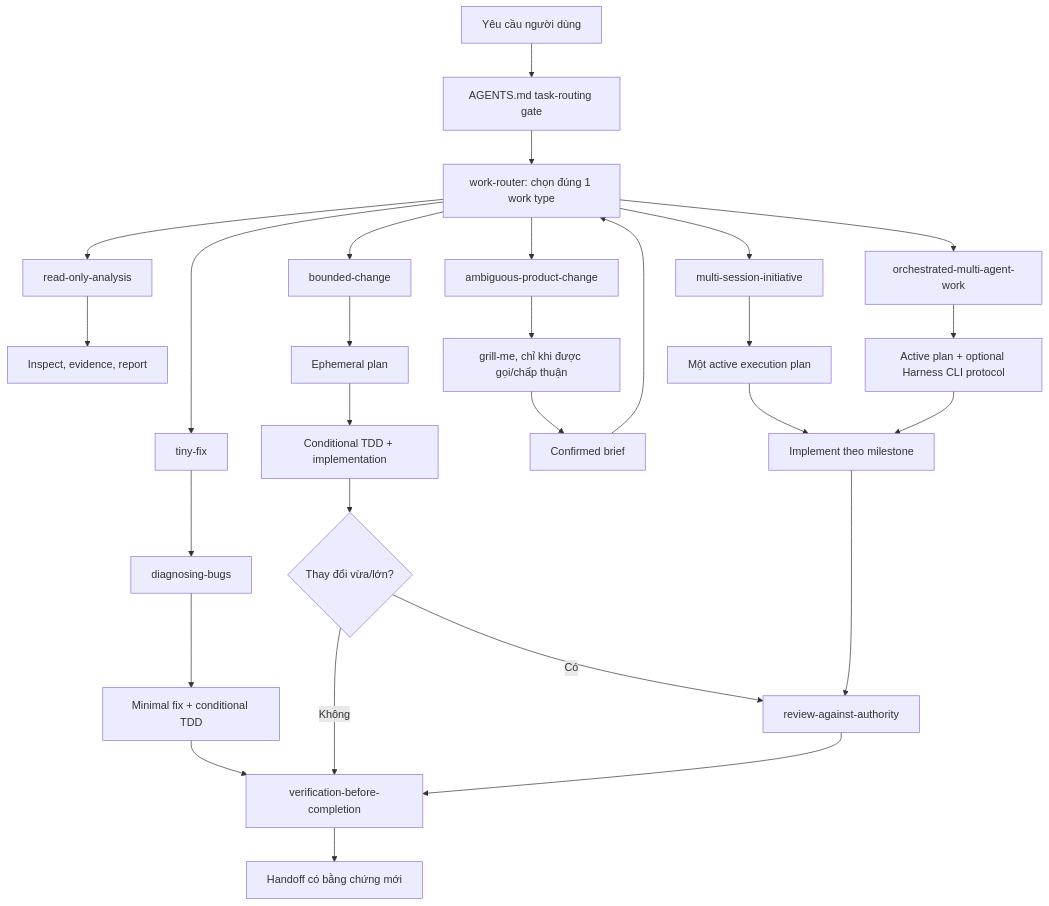
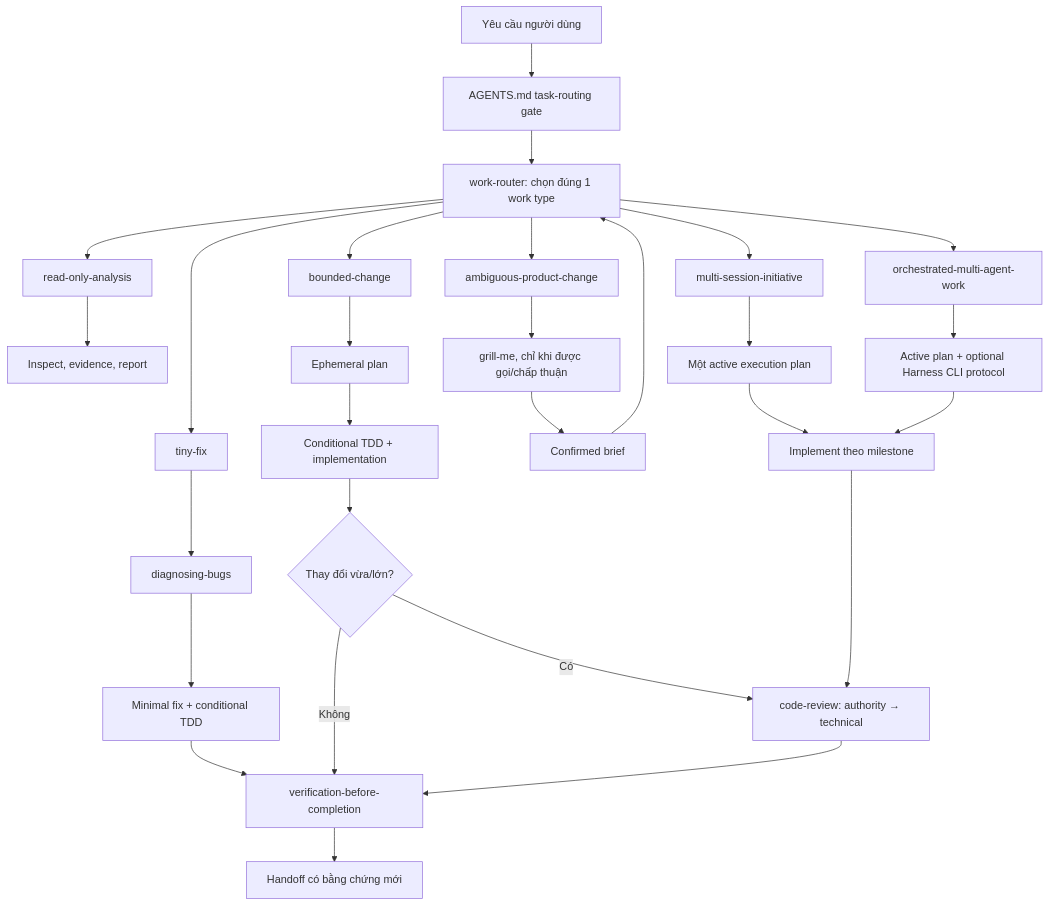
Before and after one commit to duong991/harness-repo: the diagram in docs/HARNESS_WORKFLOW_GUIDE.md, drawn with Mermaid. The commit also changed other lines of this file and 10 other files, not shown here.

Commit message:
feat: Revise code review skill to enhance authority compliance and technical evaluation; consolidate review processes and update documentation

````diff
--- a/docs/HARNESS_WORKFLOW_GUIDE.md
+++ b/docs/HARNESS_WORKFLOW_GUIDE.md
@@ -32,31 +32,31 @@
 ```mermaid
 flowchart TD
     U["Yêu cầu người dùng"] --> G["AGENTS.md task-routing gate"]
     G --> R["work-router: chọn đúng 1 work type"]
     R --> RO["read-only-analysis"]
     R --> TF["tiny-fix"]
     R --> BC["bounded-change"]
     R --> AP["ambiguous-product-change"]
     R --> MS["multi-session-initiative"]
     R --> OM["orchestrated-multi-agent-work"]
 
     RO --> E["Inspect, evidence, report"]
     TF --> D["diagnosing-bugs"]
     D --> F["Minimal fix + conditional TDD"]
     F --> V["verification-before-completion"]
     BC --> EP["Ephemeral plan"]
     EP --> I["Conditional TDD + implementation"]
     I --> Q{"Thay đổi vừa/lớn?"}
-    Q -- "Có" --> RV["review-against-authority"]
+    Q -- "Có" --> RV["code-review: authority → technical"]
     Q -- "Không" --> V
     RV --> V
     AP --> GM["grill-me, chỉ khi được gọi/chấp thuận"]
     GM --> CB["Confirmed brief"]
     CB --> R
     MS --> DP["Một active execution plan"]
     DP --> M["Implement theo milestone"]
     M --> RV
     OM --> CP["Active plan + optional Harness CLI protocol"]
     CP --> M
     V --> H["Handoff có bằng chứng mới"]
 ```
````
